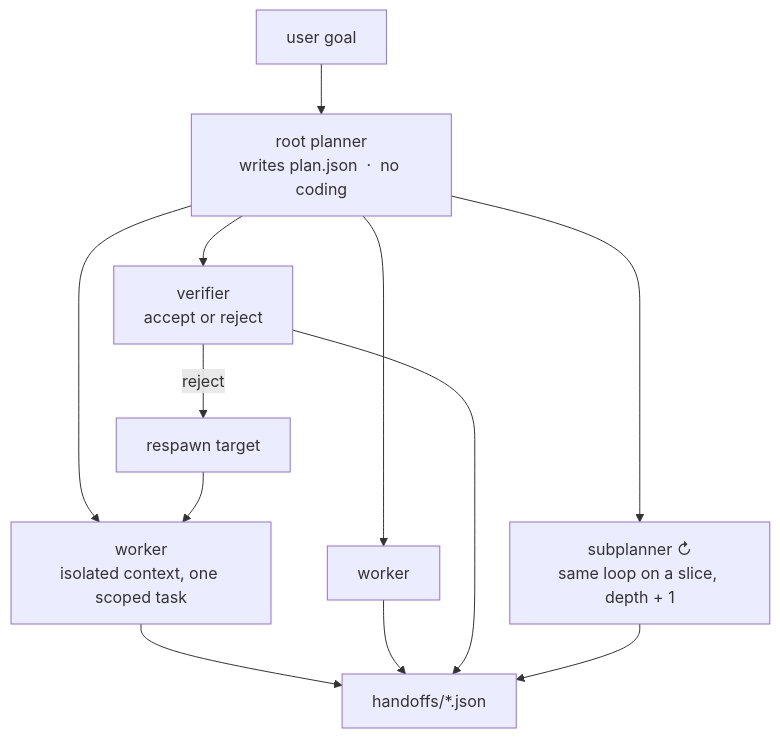
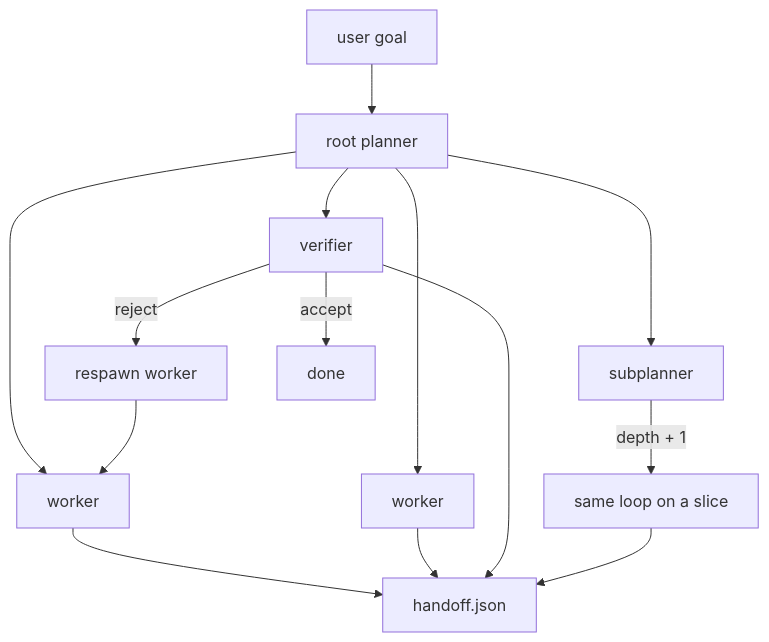
Before and after one commit to ranjan2829/Alpha-throttle-test: the first of 2 diagrams in README.md, drawn with Mermaid. The commit also changed other lines of this file and 1 other file, not shown here.

First line of the commit message:
Show only measured stats and mermaid agent graphs

````diff
--- a/README.md
+++ b/README.md
@@ -36,14 +28,16 @@
 ```mermaid
 flowchart TD
-  G["user goal"] --> P["root planner<br/>writes plan.json  ·  no coding"]
-  P --> W1["worker<br/>isolated context, one scoped task"]
-  P --> W2["worker"]
-  P --> V["verifier<br/>accept or reject"]
-  P --> S["subplanner ↻<br/>same loop on a slice, depth + 1"]
-  W1 --> H["handoffs/*.json"]
+  G[user goal] --> P[root planner]
+  P --> W1[worker]
+  P --> W2[worker]
+  P --> V[verifier]
+  P --> S[subplanner]
+  S -->|depth + 1| P2[same loop on a slice]
+  W1 --> H[handoff.json]
   W2 --> H
   V --> H
-  S --> H
-  V -->|reject| R["respawn target"]
+  P2 --> H
+  V -->|reject| R[respawn worker]
   R --> W1
+  V -->|accept| D[done]
 ```
````
